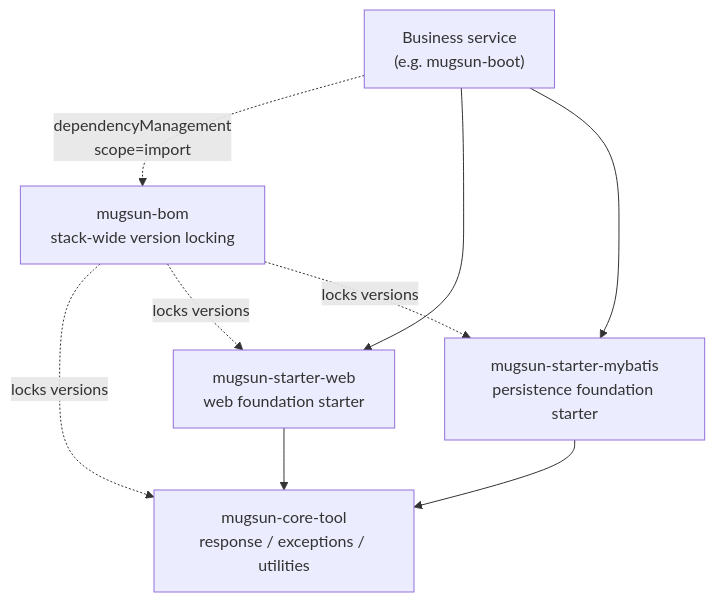
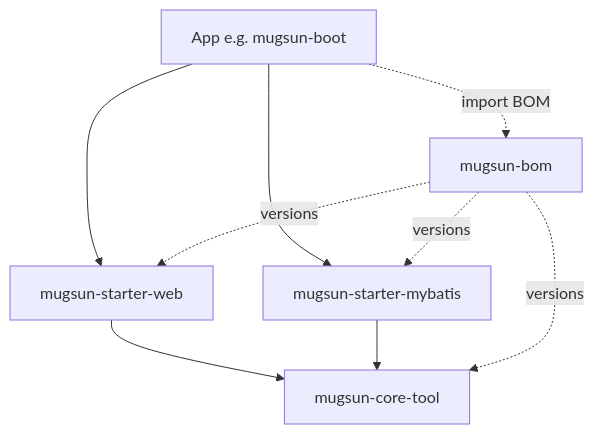
One commit to mugsun/mugsun-core changed the first of 2 diagrams in README_EN.md. Above: the diagram before and after it, drawn with Mermaid. The commit also changed other lines of this file and 1 other file, not shown here.

````diff
--- a/README_EN.md
+++ b/README_EN.md
@@ -27,17 +30,17 @@
 ```mermaid
 graph TD
-    BIZ["Business service<br/>(e.g. mugsun-boot)"]
-    BOM["mugsun-bom<br/>stack-wide version locking"]
-    TOOL["mugsun-core-tool<br/>response / exceptions / utilities"]
-    WEB["mugsun-starter-web<br/>web foundation starter"]
-    MB["mugsun-starter-mybatis<br/>persistence foundation starter"]
+  BIZ["App e.g. mugsun-boot"]
+  BOM["mugsun-bom"]
+  TOOL["mugsun-core-tool"]
+  WEB["mugsun-starter-web"]
+  MB["mugsun-starter-mybatis"]
 
-    BIZ -.->|dependencyManagement<br/>scope=import| BOM
-    BIZ --> WEB
-    BIZ --> MB
-    BOM -.->|locks versions| TOOL
-    BOM -.->|locks versions| WEB
-    BOM -.->|locks versions| MB
-    WEB --> TOOL
-    MB --> TOOL
+  BIZ -.->|import BOM| BOM
+  BIZ --> WEB
+  BIZ --> MB
+  WEB --> TOOL
+  MB --> TOOL
+  BOM -.->|versions| TOOL
+  BOM -.->|versions| WEB
+  BOM -.->|versions| MB
 ```
````
